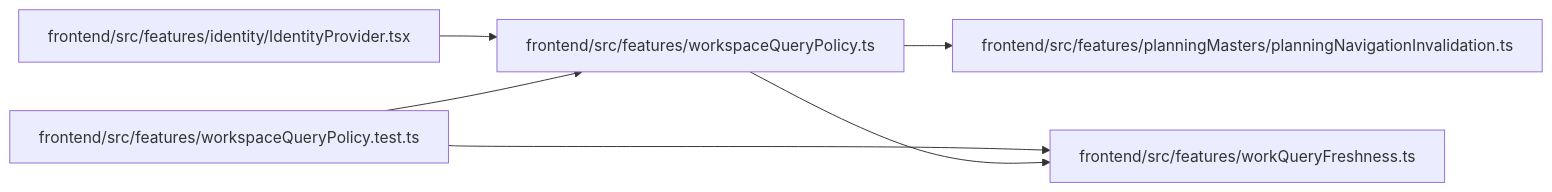
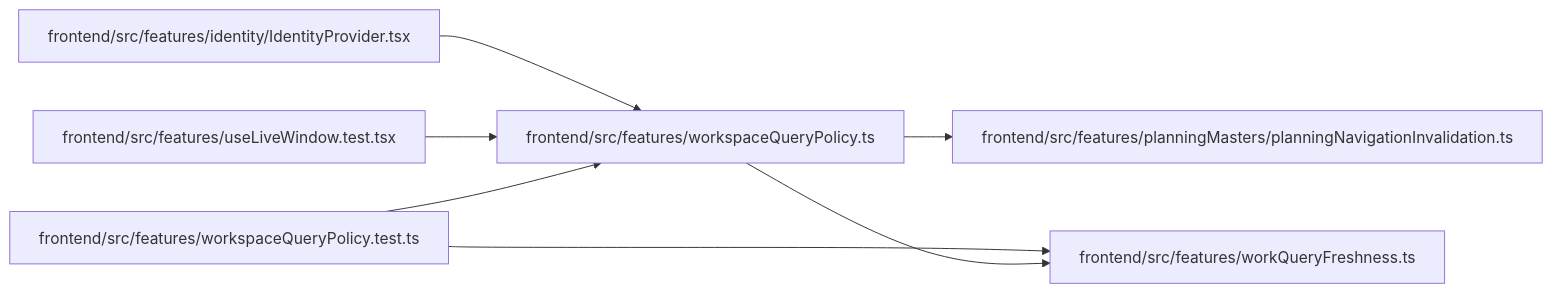
The diagram in docs/llm_wiki/modules/workspaceQueryPolicy.md (Denissvgn/WorkChord), drawn with Mermaid before and after one commit. The commit also changed other lines of this file and 392 other files, not shown here.

````diff
--- a/docs/llm_wiki/modules/workspaceQueryPolicy.md
+++ b/docs/llm_wiki/modules/workspaceQueryPolicy.md
@@ -26,18 +26,21 @@
 ```mermaid
 flowchart LR
     n0["frontend/src/features/identity/IdentityProvider.tsx"]
     n1["frontend/src/features/planningMasters/planningNavigationInvalidation.ts"]
-    n2["frontend/src/features/workQueryFreshness.ts"]
-    n3["frontend/src/features/workspaceQueryPolicy.test.ts"]
-    n4["frontend/src/features/workspaceQueryPolicy.ts"]
-    n0 --> n4
-    n3 --> n2
-    n3 --> n4
-    n4 --> n1
-    n4 --> n2
+    n2["frontend/src/features/useLiveWindow.test.tsx"]
+    n3["frontend/src/features/workQueryFreshness.ts"]
+    n4["frontend/src/features/workspaceQueryPolicy.test.ts"]
+    n5["frontend/src/features/workspaceQueryPolicy.ts"]
+    n0 --> n5
+    n2 --> n5
+    n4 --> n3
+    n4 --> n5
+    n5 --> n1
+    n5 --> n3
     click n0 "../modules/IdentityProvider.md"
     click n1 "../modules/planningNavigationInvalidation.md"
-    click n2 "../modules/workQueryFreshness.md"
-    click n3 "../modules/workspaceQueryPolicy.test.md"
-    click n4 "../modules/workspaceQueryPolicy.md"
+    click n2 "../modules/useLiveWindow.test.md"
+    click n3 "../modules/workQueryFreshness.md"
+    click n4 "../modules/workspaceQueryPolicy.test.md"
+    click n5 "../modules/workspaceQueryPolicy.md"
 ```
````
